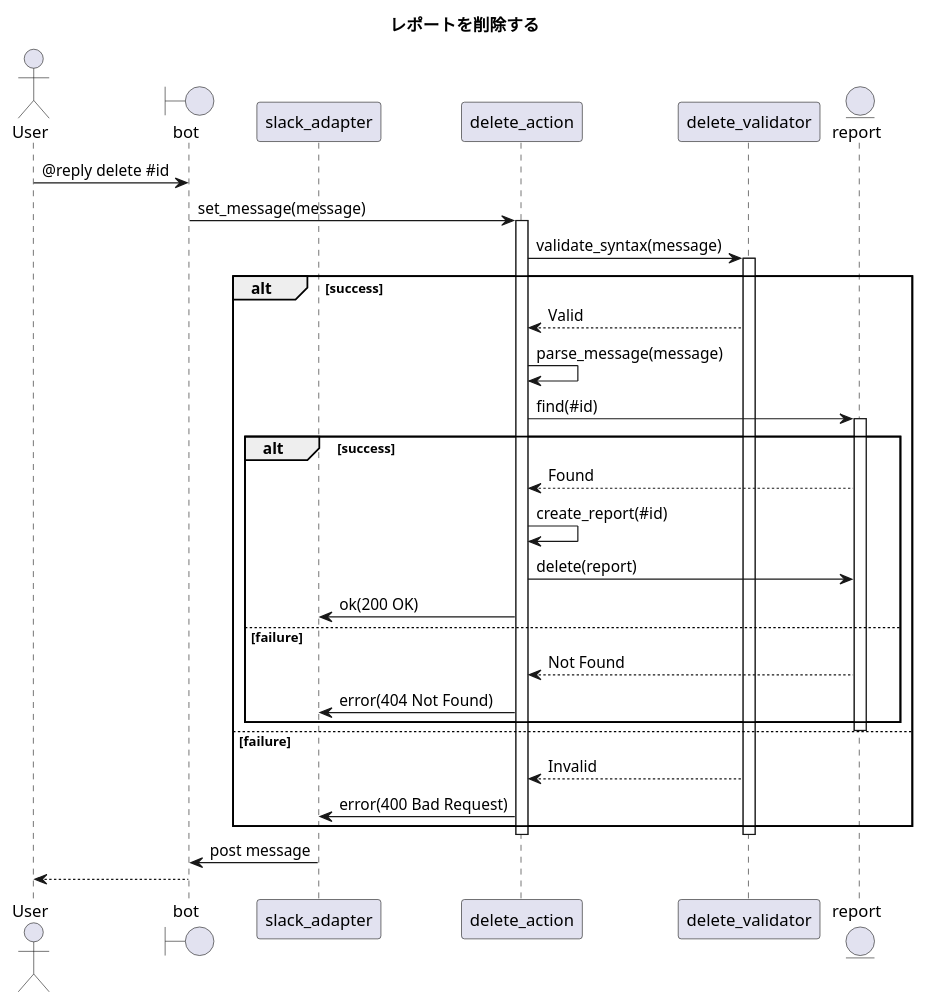
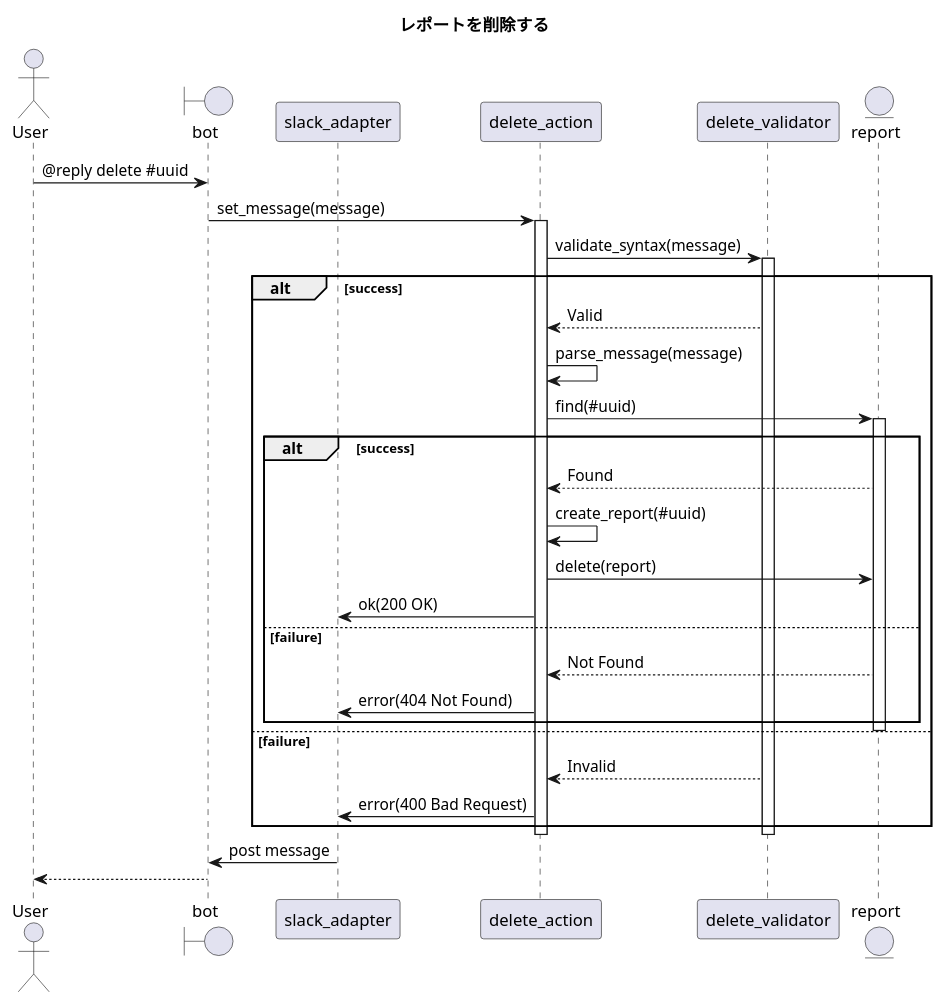
The diagram in 1.design/5.sequences/delete-report.md (ito-masam/kpt-guard.doc), drawn with PlantUML before and after one commit. The commit also changed 9 other files, not shown here.

```diff
--- a/1.design/5.sequences/delete-report.md
+++ b/1.design/5.sequences/delete-report.md
@@ -1,44 +1,44 @@
 @startuml
 
     ' ----------- meta
     title レポートを削除する
 
     actor User
     boundary bot
     participant slack_adapter
     participant delete_action
     participant delete_validator
     entity report
 
     ' ----------- main
-    User -> bot : @reply delete #id
+    User -> bot : @reply delete #uuid
     bot -> delete_action : set_message(message)
     activate delete_action
         delete_action -> delete_validator : validate_syntax(message)
         activate delete_validator
             alt success
                 delete_validator --> delete_action : Valid
                 delete_action -> delete_action : parse_message(message)
-                delete_action -> report : find(#id)
+                delete_action -> report : find(#uuid)
                 activate report
                     alt success
                         report --> delete_action : Found
-                        delete_action -> delete_action : create_report(#id)
+                        delete_action -> delete_action : create_report(#uuid)
                         delete_action -> report : delete(report)
                         delete_action -> slack_adapter : ok(200 OK)
                     else failure
                         report --> delete_action : Not Found
                         delete_action -> slack_adapter : error(404 Not Found)
                     end
                 deactivate report
             else failure
                 ' ----------- alternative
                 delete_validator --> delete_action : Invalid
                 delete_action -> slack_adapter : error(400 Bad Request)
             end
         deactivate delete_validator
     deactivate delete_action
     slack_adapter -> bot : post message
     bot --> User
 
 @enduml
```
